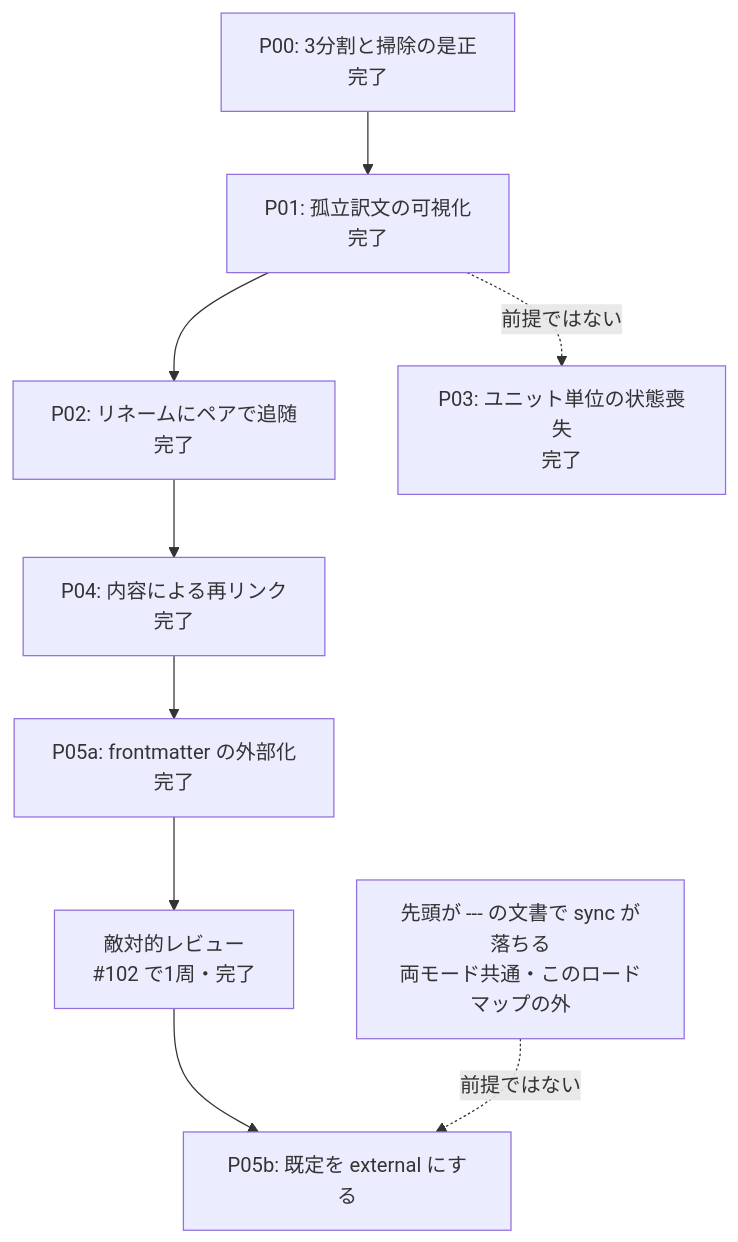
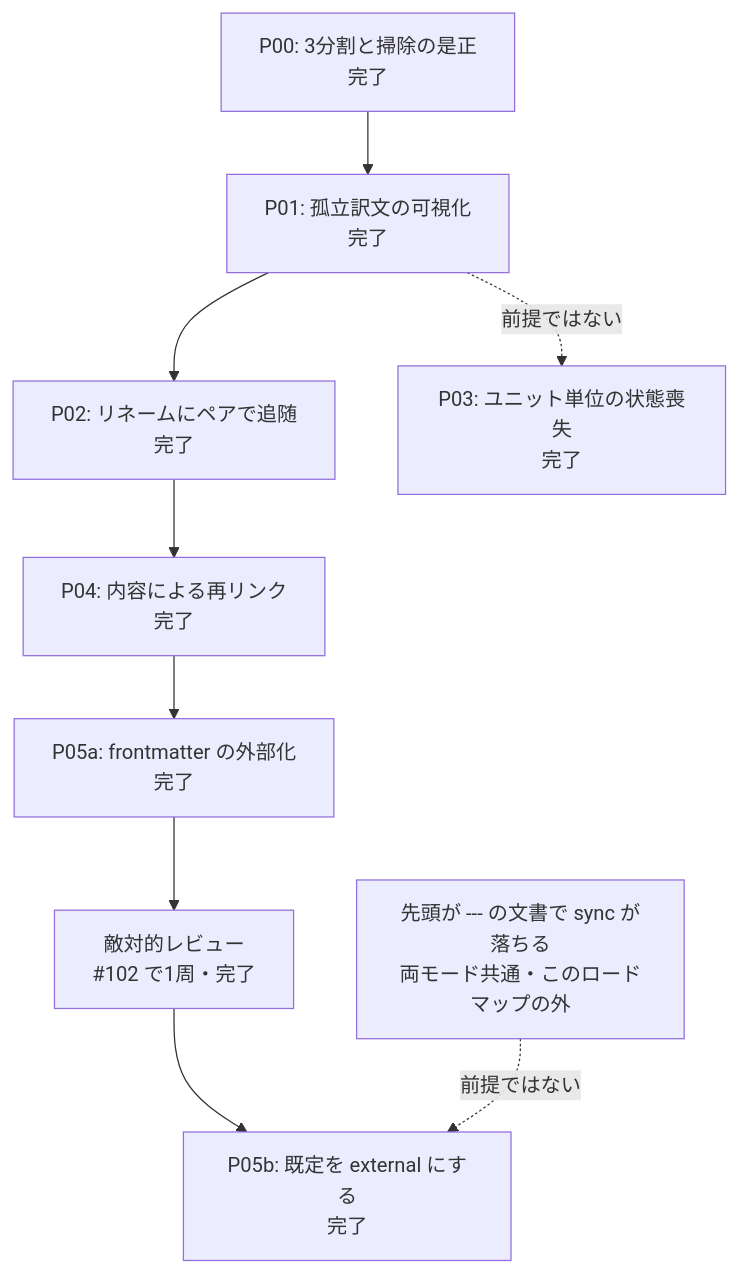
Before and after one commit to mochimochiki/mdait: the diagram in docs/roadmaps/roadmap-v01_external-markers.md, drawn with Mermaid. The commit also changed other lines of this file and 7 other files, not shown here.

````diff
--- a/docs/roadmaps/roadmap-v01_external-markers.md
+++ b/docs/roadmaps/roadmap-v01_external-markers.md
@@ -33,11 +33,11 @@
 ```mermaid
 graph TD
 P00[P00: 3分割と掃除の是正<br/>完了] --> P01[P01: 孤立訳文の可視化<br/>完了]
 P01 --> P02[P02: リネームにペアで追随<br/>完了]
 P02 --> P04[P04: 内容による再リンク<br/>完了]
 P04 --> P05a[P05a: frontmatter の外部化<br/>完了]
 P05a --> R[敵対的レビュー<br/>#102 で1周・完了]
-R --> P05b[P05b: 既定を external にする]
+R --> P05b[P05b: 既定を external にする<br/>完了]
 P01 -.->|前提ではない| P03[P03: ユニット単位の状態喪失<br/>完了]
 FM[先頭が --- の文書で sync が落ちる<br/>両モード共通・このロードマップの外] -.->|前提ではない| P05b
 ```
````
